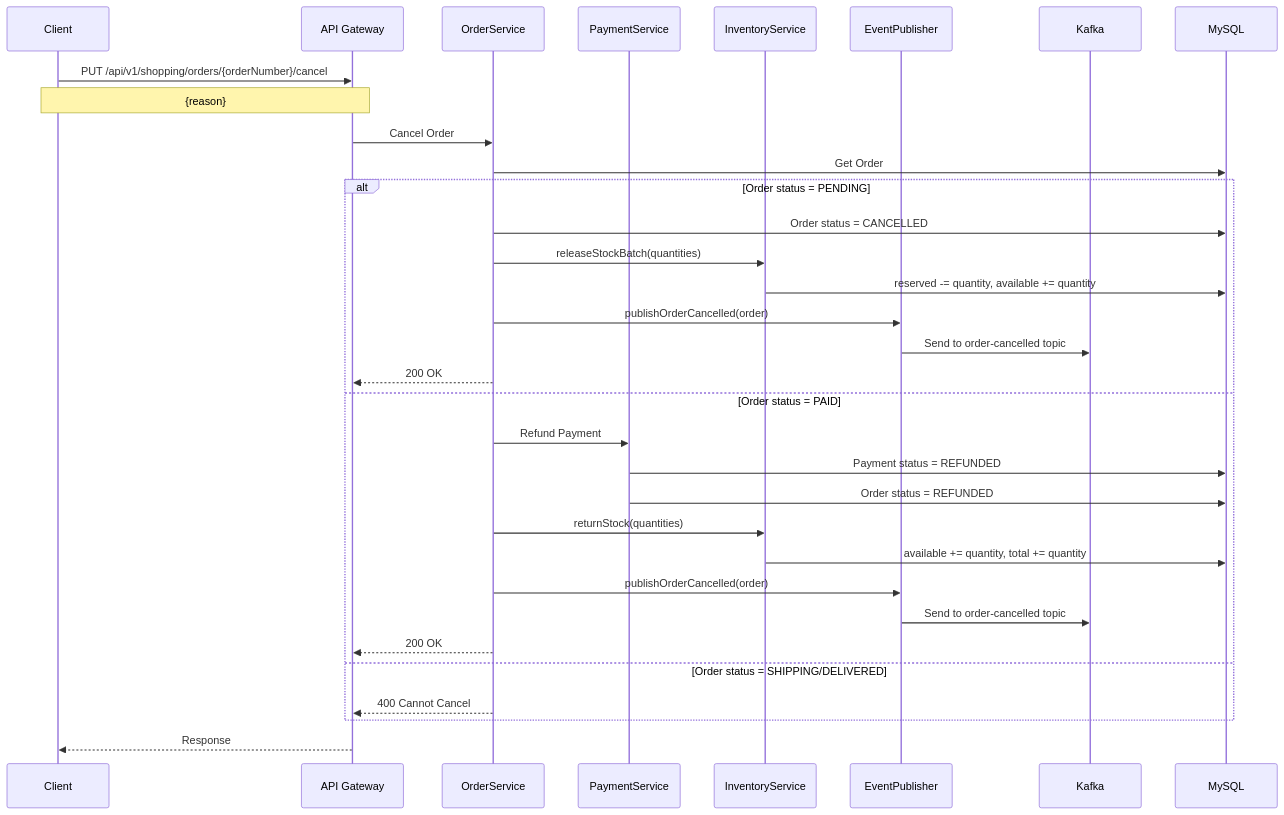
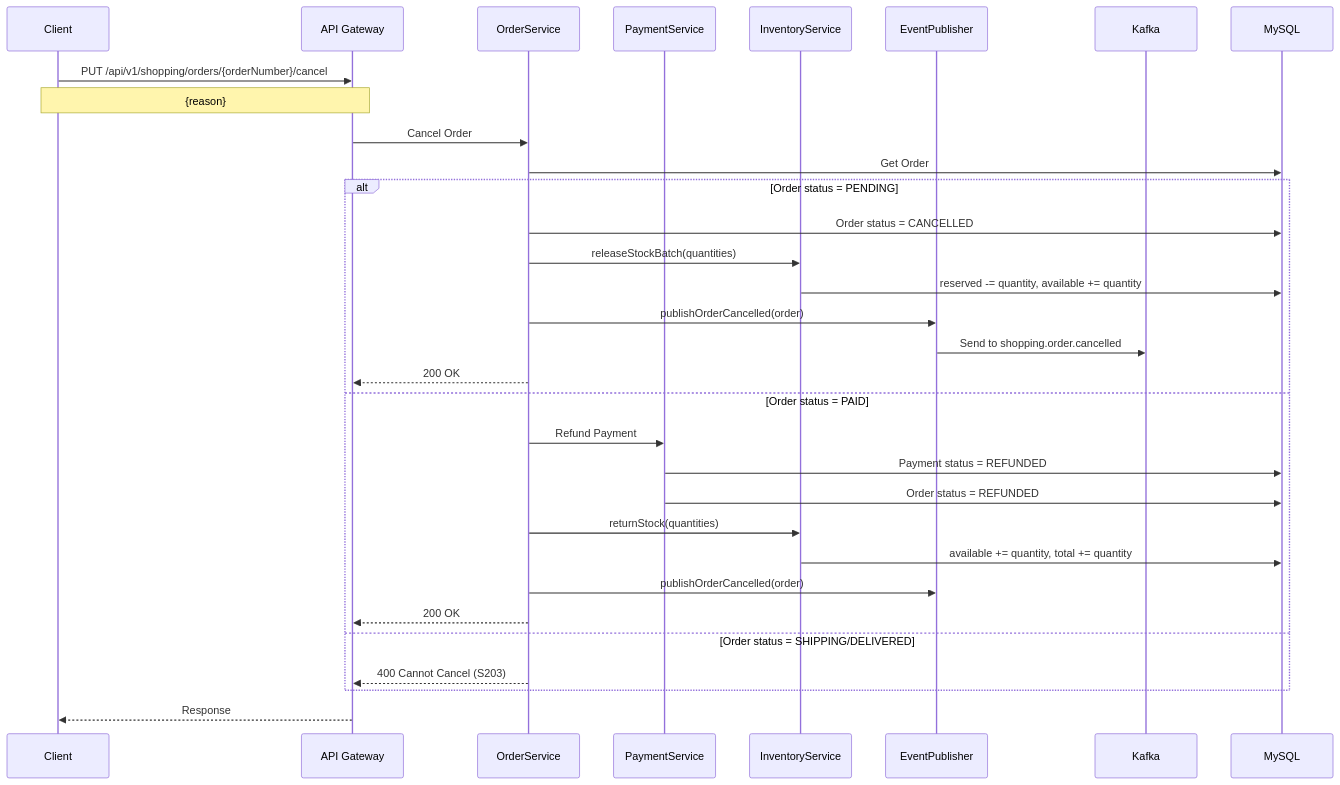
One commit to L-a-z-e/portal-universe changed the fifth of 13 diagrams in docs/architecture/shopping-service/data-flow.md. Above: the diagram before and after it, drawn with Mermaid. The commit also changed other lines of this file and 11 other files, not shown here.

First line of the commit message:
docs(architecture): rewrite shopping-service docs to match actual codebase

````diff
--- a/docs/architecture/shopping-service/data-flow.md
+++ b/docs/architecture/shopping-service/data-flow.md
@@ -242,40 +211,39 @@
 ```mermaid
 sequenceDiagram
     participant C as Client
     participant G as API Gateway
     participant OS as OrderService
     participant PS as PaymentService
     participant IS as InventoryService
     participant EP as EventPublisher
     participant K as Kafka
     participant DB as MySQL
 
     C->>G: PUT /api/v1/shopping/orders/{orderNumber}/cancel
     Note over C,G: {reason}
     G->>OS: Cancel Order
     OS->>DB: Get Order
 
     alt Order status = PENDING
         OS->>DB: Order status = CANCELLED
         OS->>IS: releaseStockBatch(quantities)
         IS->>DB: reserved -= quantity, available += quantity
         OS->>EP: publishOrderCancelled(order)
-        EP->>K: Send to order-cancelled topic
+        EP->>K: Send to shopping.order.cancelled
         OS-->>G: 200 OK
 
     else Order status = PAID
         OS->>PS: Refund Payment
         PS->>DB: Payment status = REFUNDED
         PS->>DB: Order status = REFUNDED
         OS->>IS: returnStock(quantities)
         IS->>DB: available += quantity, total += quantity
         OS->>EP: publishOrderCancelled(order)
-        EP->>K: Send to order-cancelled topic
         OS-->>G: 200 OK
 
     else Order status = SHIPPING/DELIVERED
-        OS-->>G: 400 Cannot Cancel
+        OS-->>G: 400 Cannot Cancel (S203)
     end
 
     G-->>C: Response
 ```
````
